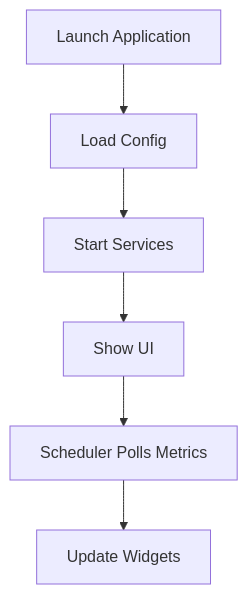
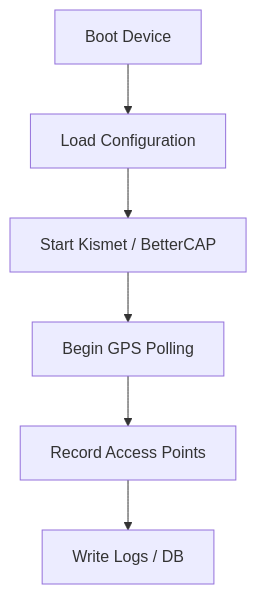
The second of 4 diagrams in README.md (Trashytalk/piwardrive), drawn with Mermaid before and after one commit. The commit also changed other lines of this file, not shown here.

Commit message:
docs: reorganize README with new diagrams

````diff
--- a/README.md
+++ b/README.md
@@ -239,8 +25,8 @@
 ```mermaid
 flowchart TD
-    A[Launch Application] --> B[Load Config]
-    B --> C[Start Services]
-    C --> D[Show UI]
-    D --> E[Scheduler Polls Metrics]
-    E --> F[Update Widgets]
+    A[Boot Device] --> B[Load Configuration]
+    B --> C[Start Kismet / BetterCAP]
+    C --> D[Begin GPS Polling]
+    D --> E[Record Access Points]
+    E --> F[Write Logs / DB]
 ```
````
